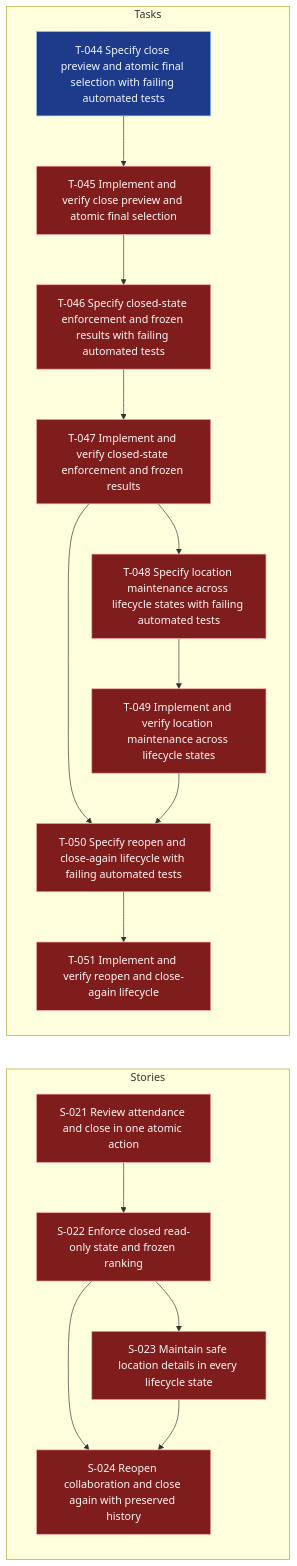
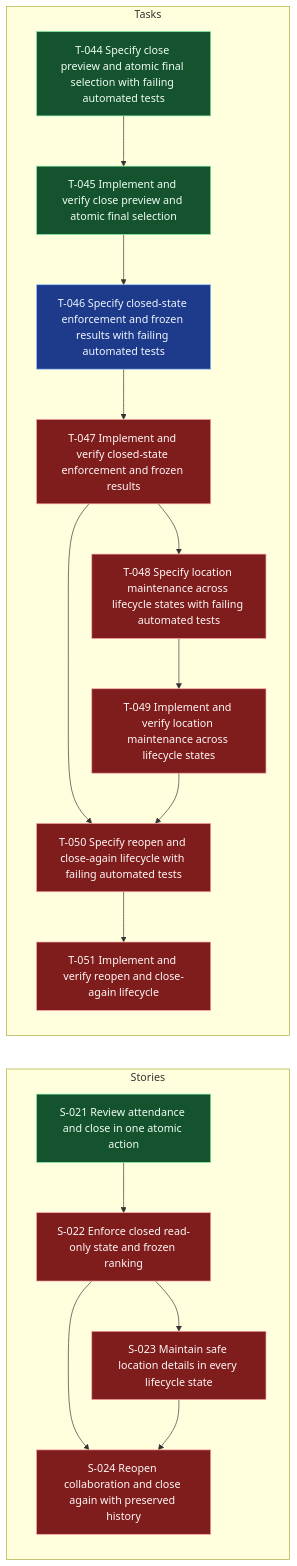
The diagram in .worktracker/graphs/E-007.mmd (andybalham/invite-agent), drawn with Mermaid before and after one commit. The commit also changed 20 other files, not shown here.

```diff
--- a/.worktracker/graphs/E-007.mmd
+++ b/.worktracker/graphs/E-007.mmd
@@ -1,46 +1,46 @@
 graph LR
   classDef done fill:#14532d,stroke:#86efac,color:#f0fdf4;
   classDef blocked fill:#7f1d1d,stroke:#fca5a5,color:#fff7f7;
   classDef inprogress fill:#78350f,stroke:#fbbf24,color:#fffbeb;
   classDef todo fill:#1e3a8a,stroke:#93c5fd,color:#eff6ff;
   classDef empty fill:#374151,stroke:#d1d5db,color:#f9fafb,stroke-dasharray: 3 3;
   subgraph Stories
-    S021["S-021 Review attendance and close in one atomic action"]:::blocked
+    S021["S-021 Review attendance and close in one atomic action"]:::done
     S022["S-022 Enforce closed read-only state and frozen ranking"]:::blocked
     S023["S-023 Maintain safe location details in every lifecycle state"]:::blocked
     S024["S-024 Reopen collaboration and close again with preserved history"]:::blocked
     S021 --> S022
     S022 --> S023
     S022 --> S024
     S023 --> S024
   end
   subgraph Tasks
-    T044["T-044 Specify close preview and atomic final selection with failing automated tests"]:::todo
-    T045["T-045 Implement and verify close preview and atomic final selection"]:::blocked
-    T046["T-046 Specify closed-state enforcement and frozen results with failing automated tests"]:::blocked
+    T044["T-044 Specify close preview and atomic final selection with failing automated tests"]:::done
+    T045["T-045 Implement and verify close preview and atomic final selection"]:::done
+    T046["T-046 Specify closed-state enforcement and frozen results with failing automated tests"]:::todo
     T047["T-047 Implement and verify closed-state enforcement and frozen results"]:::blocked
     T048["T-048 Specify location maintenance across lifecycle states with failing automated tests"]:::blocked
     T049["T-049 Implement and verify location maintenance across lifecycle states"]:::blocked
     T050["T-050 Specify reopen and close-again lifecycle with failing automated tests"]:::blocked
     T051["T-051 Implement and verify reopen and close-again lifecycle"]:::blocked
     T044 --> T045
     T045 --> T046
     T046 --> T047
     T047 --> T048
     T047 --> T050
     T048 --> T049
     T049 --> T050
     T050 --> T051
   end
   click S021 "../entities/S-021-review-attendance-and-close-in-one-atomic-action.md"
   click S022 "../entities/S-022-enforce-closed-read-only-state-and-frozen-ranking.md"
   click S023 "../entities/S-023-maintain-safe-location-details-in-every-lifecycle-state.md"
   click S024 "../entities/S-024-reopen-collaboration-and-close-again-with-preserved-history.md"
   click T044 "../entities/T-044-specify-close-preview-and-atomic-final-selection-with-failing-automated-tests.md"
   click T045 "../entities/T-045-implement-and-verify-close-preview-and-atomic-final-selection.md"
   click T046 "../entities/T-046-specify-closed-state-enforcement-and-frozen-results-with-failing-automated-tests.md"
   click T047 "../entities/T-047-implement-and-verify-closed-state-enforcement-and-frozen-results.md"
   click T048 "../entities/T-048-specify-location-maintenance-across-lifecycle-states-with-failing-automated-tests.md"
   click T049 "../entities/T-049-implement-and-verify-location-maintenance-across-lifecycle-states.md"
   click T050 "../entities/T-050-specify-reopen-and-close-again-lifecycle-with-failing-automated-tests.md"
   click T051 "../entities/T-051-implement-and-verify-reopen-and-close-again-lifecycle.md"
```
